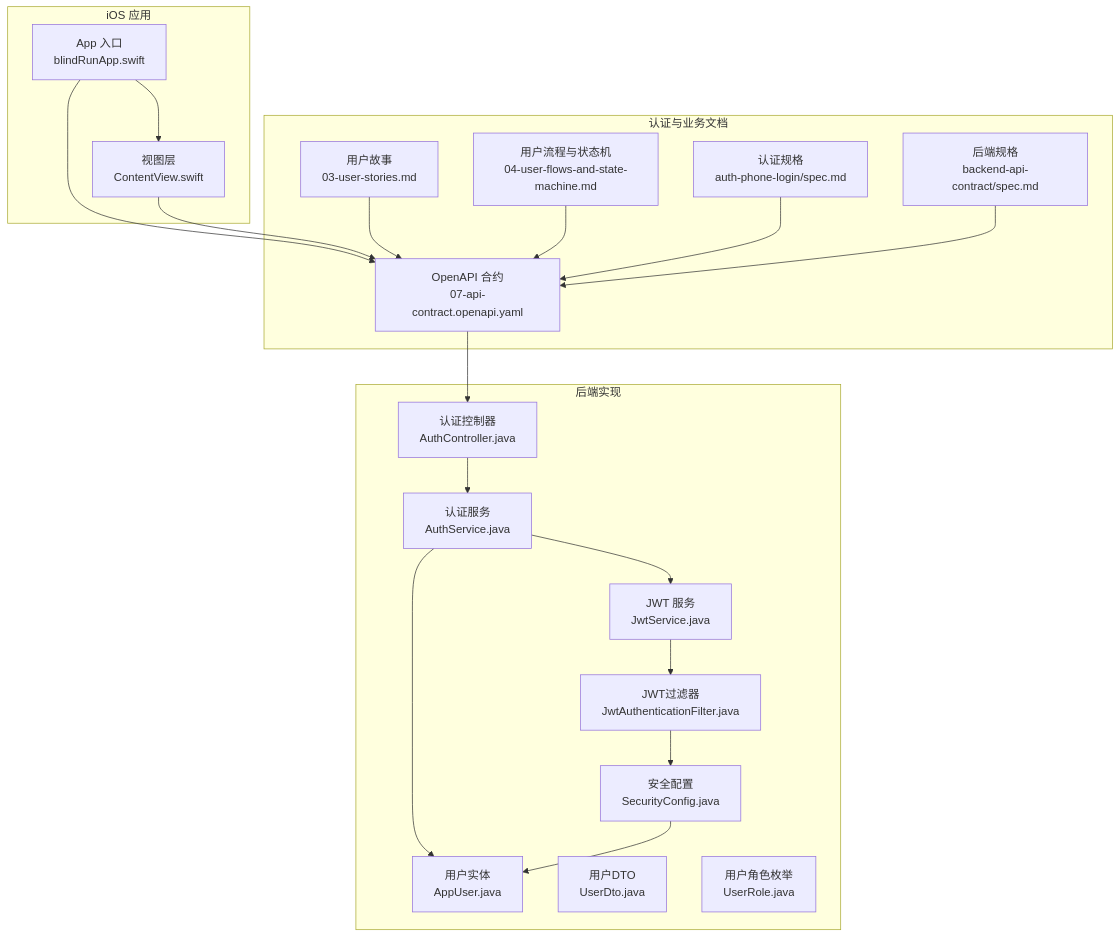
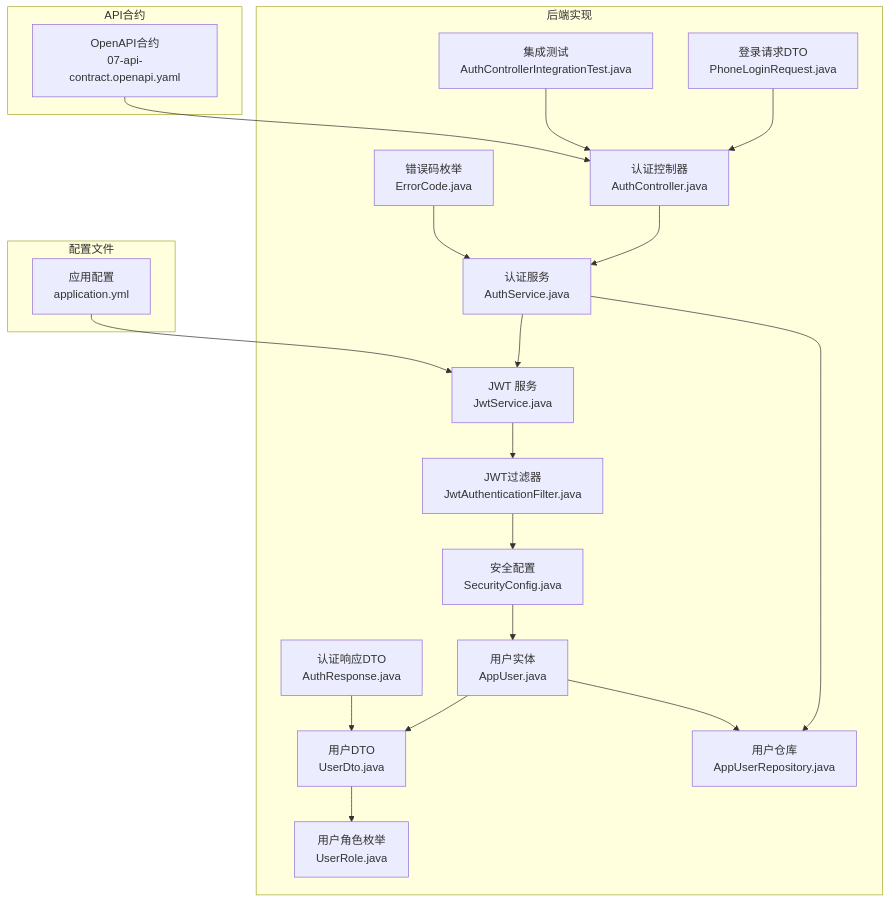
One commit to Jayden23018/blind-run-ios changed the first of 11 diagrams in .qoder/repowiki/zh/content/核心功能模块/认证系统.md. Above: the diagram before and after it, drawn with Mermaid. The commit also changed other lines of this file and 21 other files, not shown here.

````diff
--- a/.qoder/repowiki/zh/content/核心功能模块/认证系统.md
+++ b/.qoder/repowiki/zh/content/核心功能模块/认证系统.md
@@ -66,38 +59,39 @@
 ```mermaid
 graph TB
-subgraph "iOS 应用"
-App["App 入口<br/>blindRunApp.swift"]
-View["视图层<br/>ContentView.swift"]
-end
-subgraph "认证与业务文档"
-Stories["用户故事<br/>03-user-stories.md"]
-Flow["用户流程与状态机<br/>04-user-flows-and-state-machine.md"]
-API["OpenAPI 合约<br/>07-api-contract.openapi.yaml"]
-SpecAuth["认证规格<br/>auth-phone-login/spec.md"]
-SpecBackend["后端规格<br/>backend-api-contract/spec.md"]
-end
 subgraph "后端实现"
 AuthController["认证控制器<br/>AuthController.java"]
 AuthService["认证服务<br/>AuthService.java"]
 JwtService["JWT 服务<br/>JwtService.java"]
 JwtFilter["JWT过滤器<br/>JwtAuthenticationFilter.java"]
 SecurityConfig["安全配置<br/>SecurityConfig.java"]
 AppUser["用户实体<br/>AppUser.java"]
 UserDto["用户DTO<br/>UserDto.java"]
 UserRole["用户角色枚举<br/>UserRole.java"]
+PhoneLoginRequest["登录请求DTO<br/>PhoneLoginRequest.java"]
+AuthResponse["认证响应DTO<br/>AuthResponse.java"]
+ErrorCode["错误码枚举<br/>ErrorCode.java"]
+AppUserRepo["用户仓库<br/>AppUserRepository.java"]
+IntegrationTest["集成测试<br/>AuthControllerIntegrationTest.java"]
 end
-App --> View
-App --> API
-View --> API
-Stories --> API
-Flow --> API
-SpecAuth --> API
-SpecBackend --> API
-API --> AuthController
+subgraph "配置文件"
+ApplicationYml["应用配置<br/>application.yml"]
+end
+subgraph "API合约"
+OpenAPI["OpenAPI合约<br/>07-api-contract.openapi.yaml"]
+end
 AuthController --> AuthService
 AuthService --> JwtService
-AuthService --> AppUser
+AuthService --> AppUserRepo
 JwtService --> JwtFilter
 JwtFilter --> SecurityConfig
 SecurityConfig --> AppUser
+AppUser --> AppUserRepo
+AppUser --> UserDto
+UserDto --> UserRole
+PhoneLoginRequest --> AuthController
+AuthResponse --> UserDto
+ErrorCode --> AuthService
+IntegrationTest --> AuthController
+OpenAPI --> AuthController
+ApplicationYml --> JwtService
 ```
````
